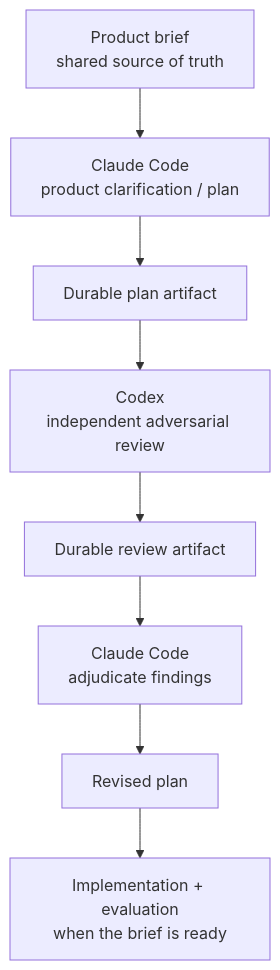
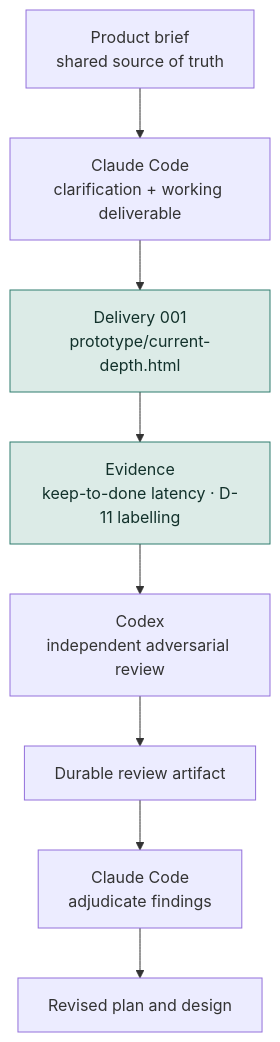
One commit to dagny099/current-depth changed the diagram in README.md. Above: the diagram before and after it, drawn with Mermaid. The commit also changed other lines of this file and 3 other files, not shown here.

````diff
--- a/README.md
+++ b/README.md
@@ -68,10 +69,13 @@
 ```mermaid
 flowchart TD
-    A[Product brief<br/>shared source of truth] --> B[Claude Code<br/>product clarification / plan]
-    B --> C[Durable plan artifact]
-    C --> D[Codex<br/>independent adversarial review]
-    D --> E[Durable review artifact]
-    E --> F[Claude Code<br/>adjudicate findings]
-    F --> G[Revised plan]
-    G --> H[Implementation + evaluation<br/>when the brief is ready]
+    A[Product brief<br/>shared source of truth] --> B[Claude Code<br/>clarification + working deliverable]
+    B --> C[Delivery 001<br/>prototype/current-depth.html]
+    C --> D[Evidence<br/>keep-to-done latency · D-11 labelling]
+    D --> E[Codex<br/>independent adversarial review]
+    E --> F[Durable review artifact]
+    F --> G[Claude Code<br/>adjudicate findings]
+    G --> H[Revised plan and design]
+
+    style C fill:#dcebe7,stroke:#2f7d6e,color:#12312b
+    style D fill:#dcebe7,stroke:#2f7d6e,color:#12312b
 ```
````
